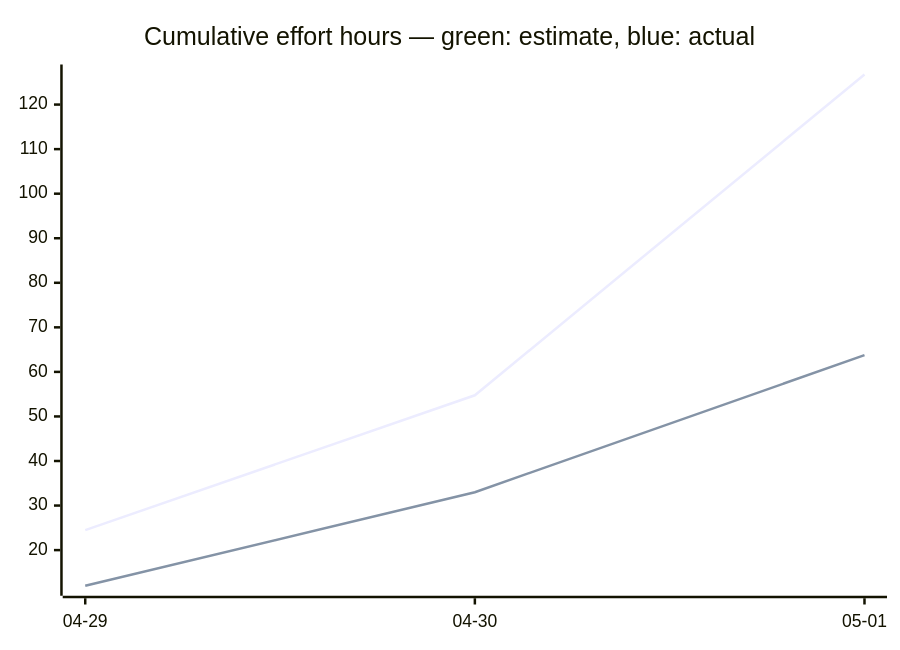
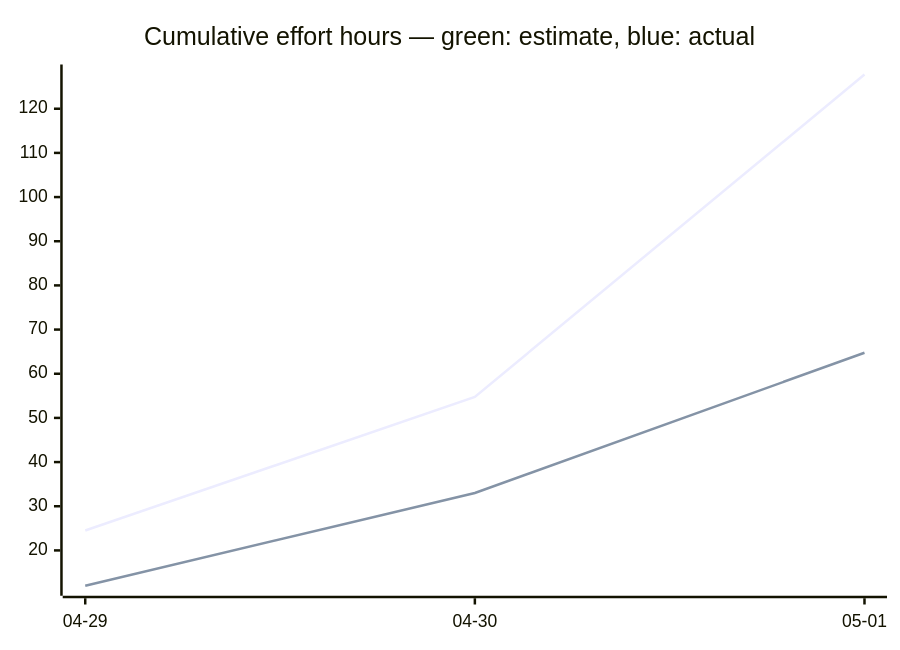
The third of 3 diagrams in docs/developers/tasks/OVERVIEW.md (tgd1975/AwesomeStudioPedal), drawn with Mermaid before and after one commit. The commit also changed other lines of this file and 4 other files, not shown here.

````diff
--- a/docs/developers/tasks/OVERVIEW.md
+++ b/docs/developers/tasks/OVERVIEW.md
@@ -40,7 +40,7 @@
 ```mermaid
 xychart-beta
     title "Cumulative effort hours — green: estimate, blue: actual"
     x-axis ["04-29", "04-30", "05-01"]
-    line [24.5, 54.75, 126.75]
-    line [12, 33, 63.75]
+    line [24.5, 54.75, 127.75]
+    line [12, 33, 64.75]
 ```
````
